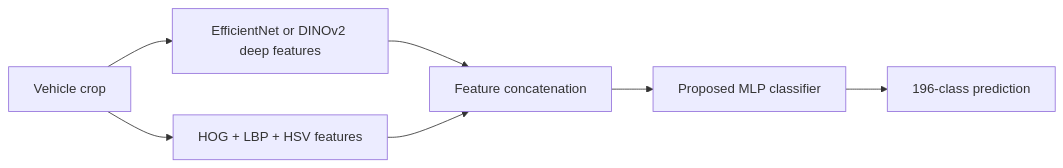
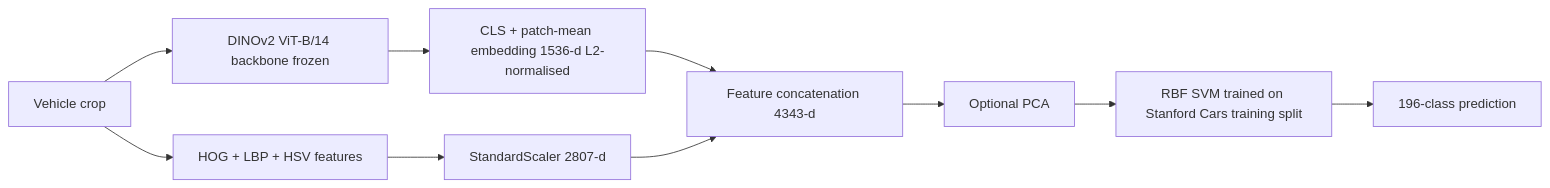
Before and after one commit to tharunm490/fine-grained-vehicle-recognition: the seventh of 8 diagrams in SYSTEM_ARCHITECTURE_AND_DESIGN.md, drawn with Mermaid. The commit also changed other lines of this file and 24 other files, not shown here.

````diff
--- a/SYSTEM_ARCHITECTURE_AND_DESIGN.md
+++ b/SYSTEM_ARCHITECTURE_AND_DESIGN.md
@@ -581,9 +584,12 @@
 ```mermaid
 flowchart LR
-    I[Vehicle crop] --> D[EfficientNet or DINOv2 deep features]
+    I[Vehicle crop] --> D[DINOv2 ViT-B/14 backbone frozen]
     I --> H[HOG + LBP + HSV features]
-    D --> F[Feature concatenation]
-    H --> F
-    F --> M[Proposed MLP classifier]
-    M --> O[196-class prediction]
+    D --> E[CLS + patch-mean embedding 1536-d L2-normalised]
+    H --> S[StandardScaler 2807-d]
+    E --> F[Feature concatenation 4343-d]
+    S --> F
+    F --> P[Optional PCA]
+    P --> C[RBF SVM trained on Stanford Cars training split]
+    C --> O[196-class prediction]
 ```
````
